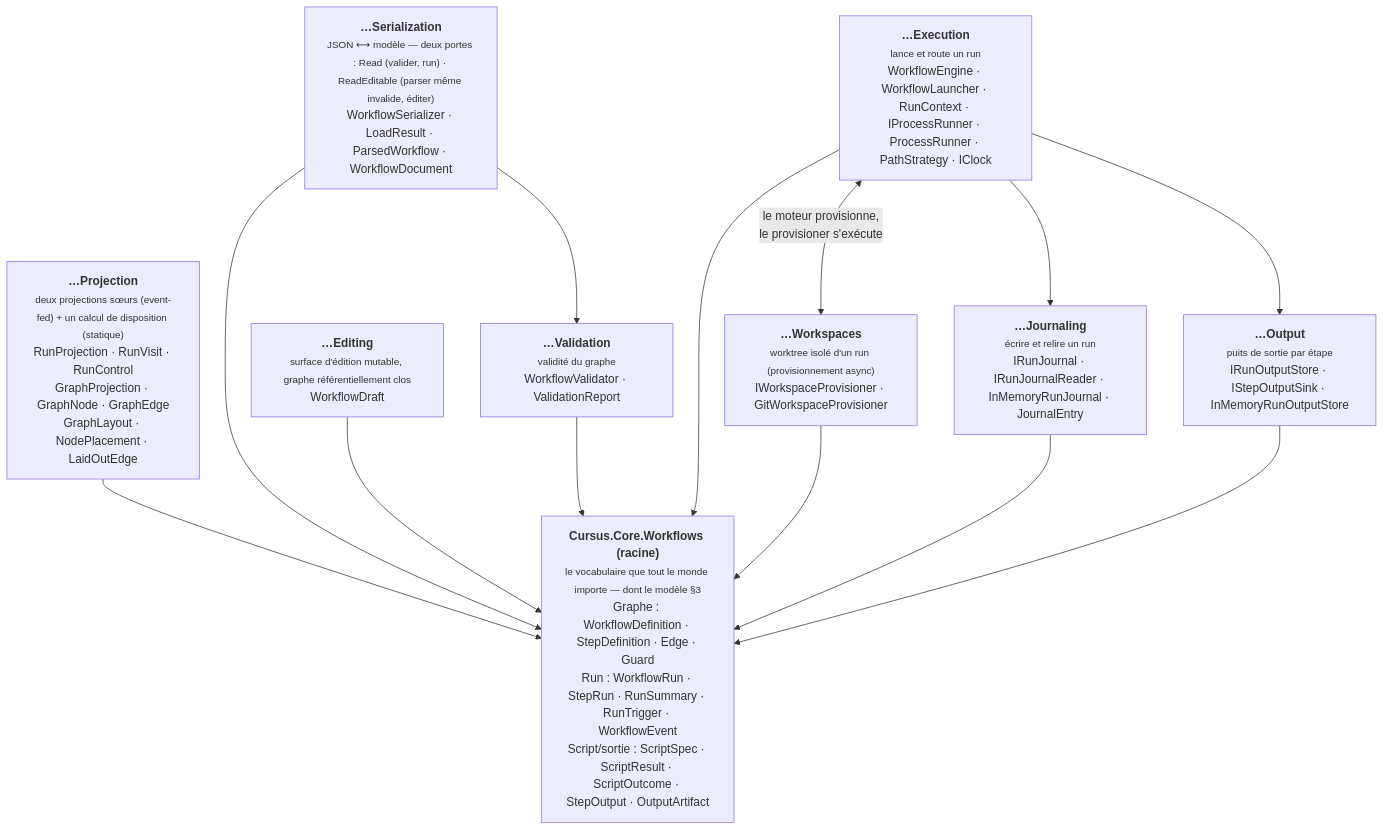
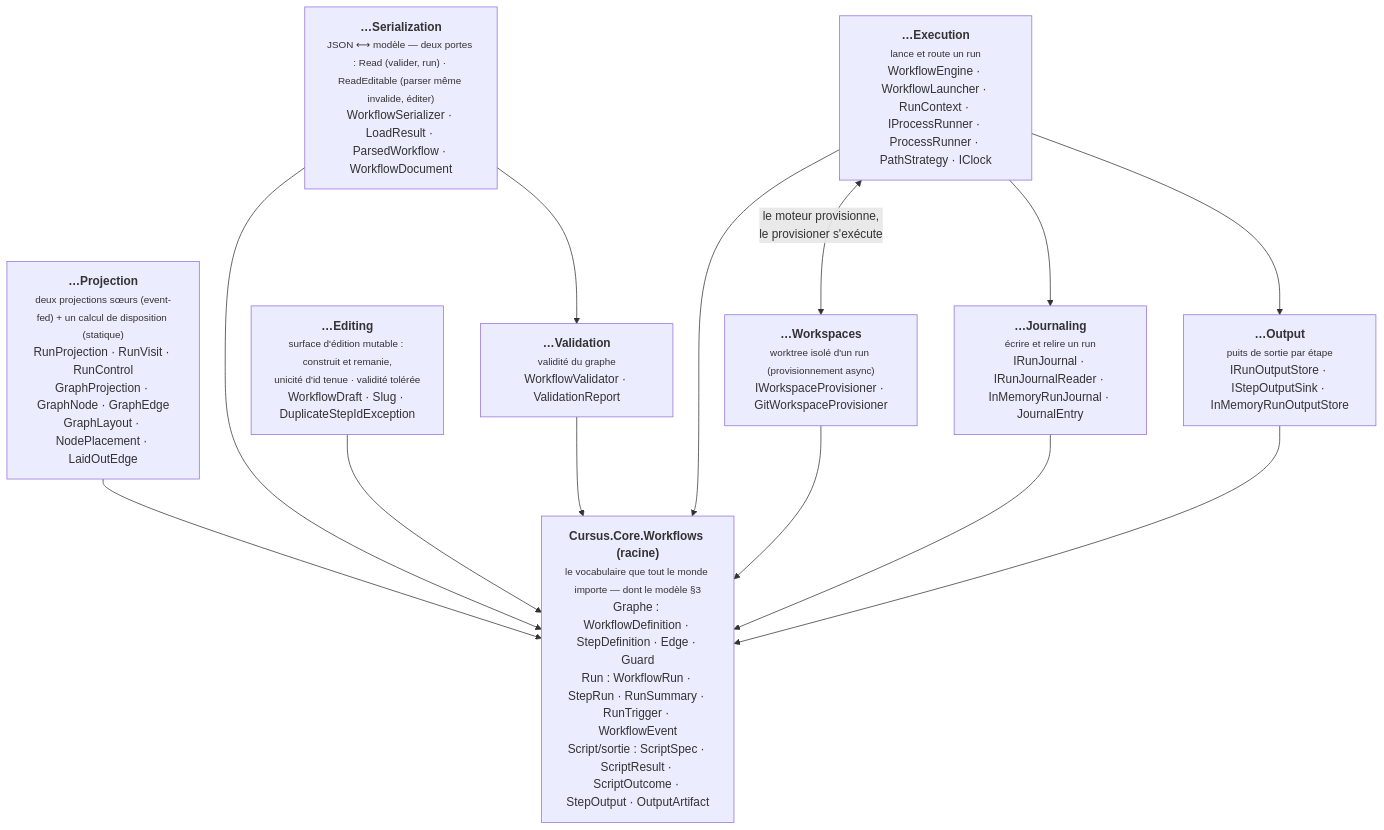
One commit to Apemb/Cursus changed the fifth of 10 diagrams in docs/design/schemas.md. Above: the diagram before and after it, drawn with Mermaid. The commit also changed 5 other files, not shown here.

````diff
--- a/docs/design/schemas.md
+++ b/docs/design/schemas.md
@@ -295,26 +295,26 @@
 ```mermaid
 flowchart TB
   root["<b>Cursus.Core.Workflows (racine)</b><br/><small>le vocabulaire que tout le monde importe — dont le modèle §3</small><br/>Graphe : WorkflowDefinition · StepDefinition · Edge · Guard<br/>Run : WorkflowRun · StepRun · RunSummary · RunTrigger · WorkflowEvent<br/>Script/sortie : ScriptSpec · ScriptResult · ScriptOutcome · StepOutput · OutputArtifact"]
 
   Exec["<b>…Execution</b><br/><small>lance et route un run</small><br/>WorkflowEngine · WorkflowLauncher · RunContext · IProcessRunner · ProcessRunner · PathStrategy · IClock"]
   Proj["<b>…Projection</b><br/><small>deux projections sœurs (event-fed) + un calcul de disposition (statique)</small><br/>RunProjection · RunVisit · RunControl<br/>GraphProjection · GraphNode · GraphEdge<br/>GraphLayout · NodePlacement · LaidOutEdge"]
   Ser["<b>…Serialization</b><br/><small>JSON ⟷ modèle — deux portes : Read (valider, run) · ReadEditable (parser même invalide, éditer)</small><br/>WorkflowSerializer · LoadResult · ParsedWorkflow · WorkflowDocument"]
   Val["<b>…Validation</b><br/><small>validité du graphe</small><br/>WorkflowValidator · ValidationReport"]
-  Edit["<b>…Editing</b><br/><small>surface d'édition mutable, graphe référentiellement clos</small><br/>WorkflowDraft"]
+  Edit["<b>…Editing</b><br/><small>surface d'édition mutable : construit et remanie,<br/>unicité d'id tenue · validité tolérée</small><br/>WorkflowDraft · Slug · DuplicateStepIdException"]
   Jou["<b>…Journaling</b><br/><small>écrire et relire un run</small><br/>IRunJournal · IRunJournalReader · InMemoryRunJournal · JournalEntry"]
   Out["<b>…Output</b><br/><small>puits de sortie par étape</small><br/>IRunOutputStore · IStepOutputSink · InMemoryRunOutputStore"]
   Wsp["<b>…Workspaces</b><br/><small>worktree isolé d'un run (provisionnement async)</small><br/>IWorkspaceProvisioner · GitWorkspaceProvisioner"]
 
   Exec --> root
   Proj --> root
   Ser --> root
   Val --> root
   Edit --> root
   Jou --> root
   Out --> root
   Wsp --> root
   Ser --> Val
   Exec <-->|"le moteur provisionne,<br/>le provisioner s'exécute"| Wsp
   Exec --> Jou
   Exec --> Out
 ```
````
